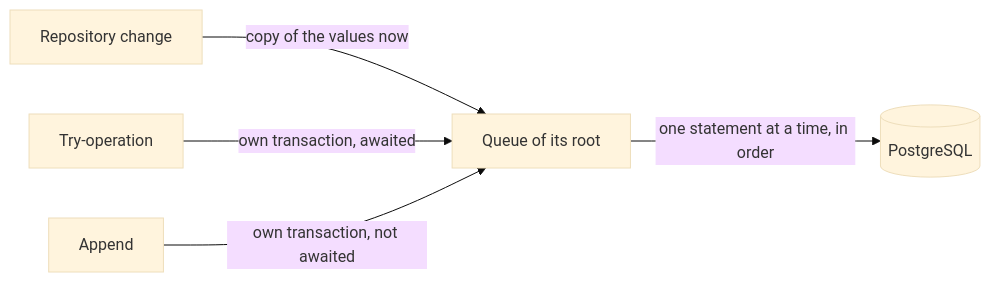
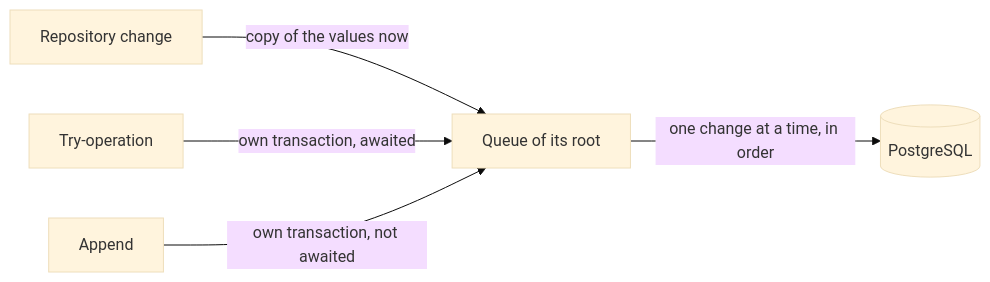
One commit to thnhmai06/osuBasil changed the diagram in docs/for-developers/database.md. Above: the diagram before and after it, drawn with Mermaid (base theme). The commit also changed other lines of this file and 22 other files, not shown here.

````diff
--- a/docs/for-developers/database.md
+++ b/docs/for-developers/database.md
@@ -97,7 +97,7 @@
 ```mermaid
 flowchart LR
     op["Repository change"] -->|"copy of the values now"| q["Queue of its root"]
-    q -->|"one statement at a time, in order"| pg[(PostgreSQL)]
+    q -->|"one change at a time, in order"| pg[(PostgreSQL)]
     try["Try-operation"] -->|"own transaction, awaited"| q
     app["Append"] -->|"own transaction, not awaited"| q
 ```
````
